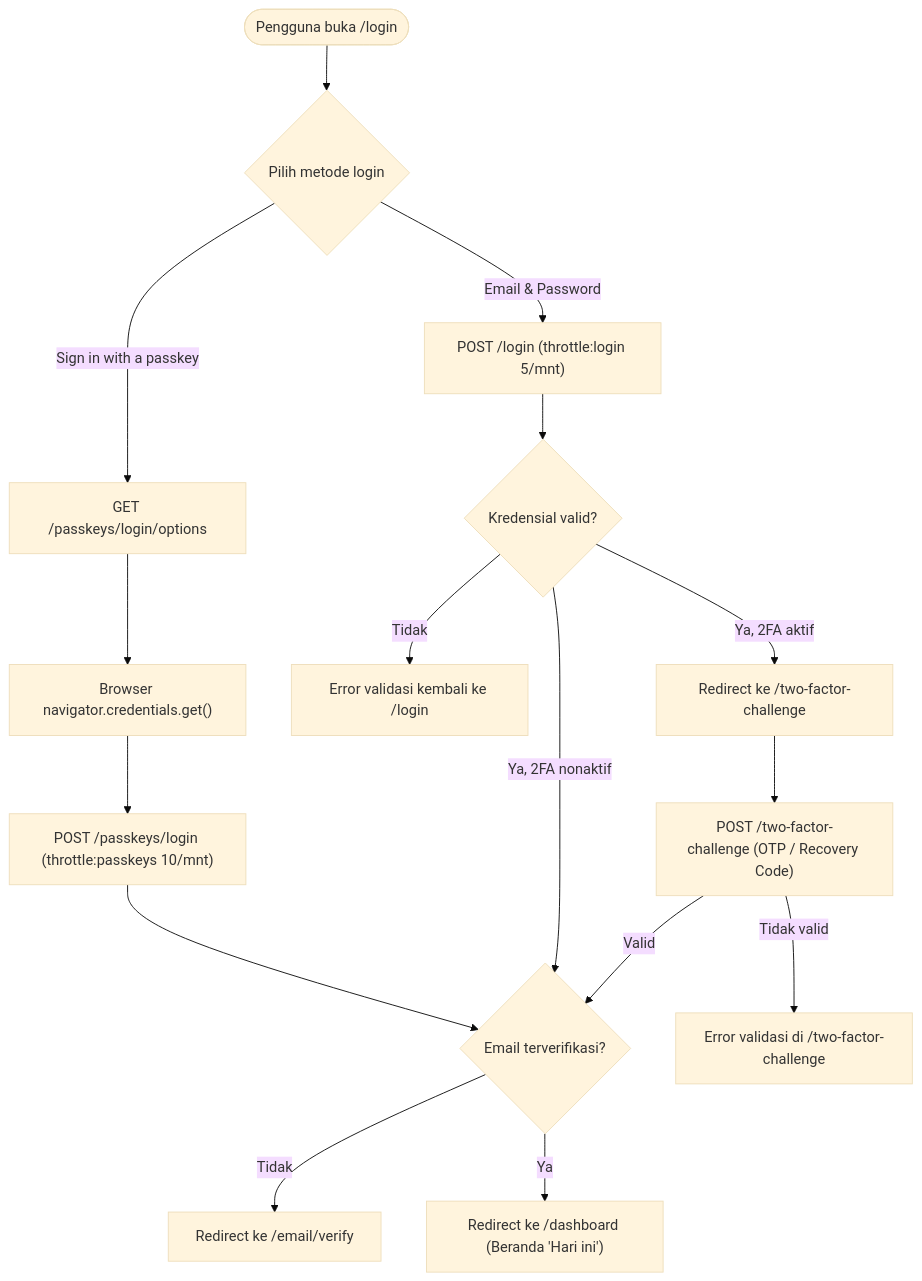
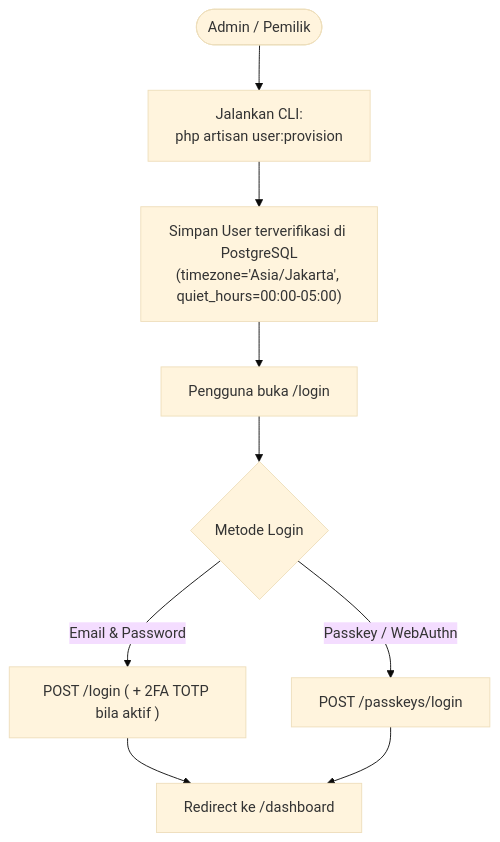
Before and after one commit to fardhanfahrezy/managjeh_react: the first of 5 diagrams in docs/USER_FLOW.md, drawn with Mermaid (base theme). The commit also changed other lines of this file and 12 other files, not shown here.

Commit message:
docs: update project specs, architecture, and phase-by-phase cookbook

````diff
--- a/docs/USER_FLOW.md
+++ b/docs/USER_FLOW.md
@@ -20,21 +11,11 @@
 ```mermaid
 flowchart TD
-    Start(["Pengguna buka /login"]) --> Method{"Pilih metode login"}
-    Method -->|"Email & Password"| PostLogin["POST /login (throttle:login 5/mnt)"]
-    Method -->|"Sign in with a passkey"| GetOpts["GET /passkeys/login/options"]
-    GetOpts --> WebAuthn["Browser navigator.credentials.get()"]
-    WebAuthn --> PostPasskey["POST /passkeys/login (throttle:passkeys 10/mnt)"]
-    PostPasskey --> CheckVerified{"Email terverifikasi?"}
-
-    PostLogin --> CredCheck{"Kredensial valid?"}
-    CredCheck -->|"Tidak"| LoginErr["Error validasi kembali ke /login"]
-    CredCheck -->|"Ya, 2FA nonaktif"| CheckVerified
-    CredCheck -->|"Ya, 2FA aktif"| TwoFA["Redirect ke /two-factor-challenge"]
-
-    TwoFA --> PostTwoFA["POST /two-factor-challenge (OTP / Recovery Code)"]
-    PostTwoFA -->|"Tidak valid"| TwoFAErr["Error validasi di /two-factor-challenge"]
-    PostTwoFA -->|"Valid"| CheckVerified
-
-    CheckVerified -->|"Tidak"| VerifyPage["Redirect ke /email/verify"]
-    CheckVerified -->|"Ya"| Dashboard["Redirect ke /dashboard (Beranda 'Hari ini')"]
+    Admin(["Admin / Pemilik"]) --> Provision["Jalankan CLI:\nphp artisan user:provision"]
+    Provision --> CreateVerified["Simpan User terverifikasi di PostgreSQL\n(timezone='Asia/Jakarta', quiet_hours=00:00-05:00)"]
+    CreateVerified --> LoginScreen["Pengguna buka /login"]
+    LoginScreen --> AuthMethod{"Metode Login"}
+    AuthMethod -->|"Email & Password"| CredCheck["POST /login ( + 2FA TOTP bila aktif )"]
+    AuthMethod -->|"Passkey / WebAuthn"| PasskeyCheck["POST /passkeys/login"]
+    CredCheck --> Dashboard["Redirect ke /dashboard"]
+    PasskeyCheck --> Dashboard
 ```
````
